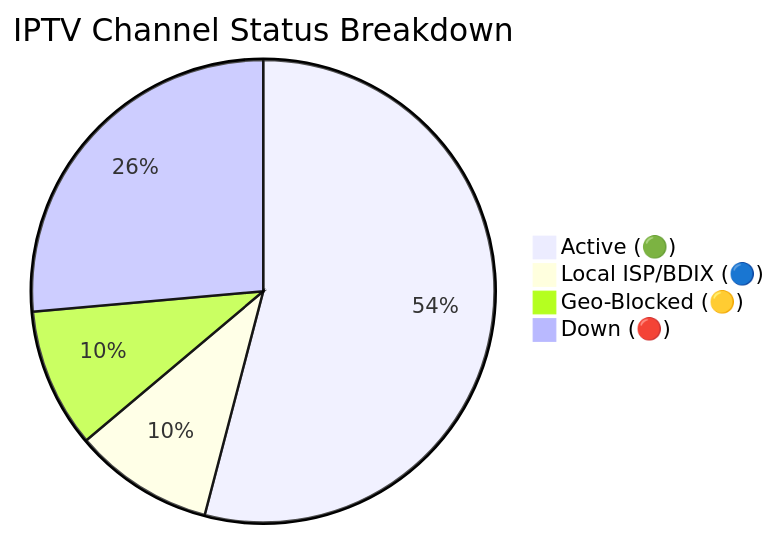
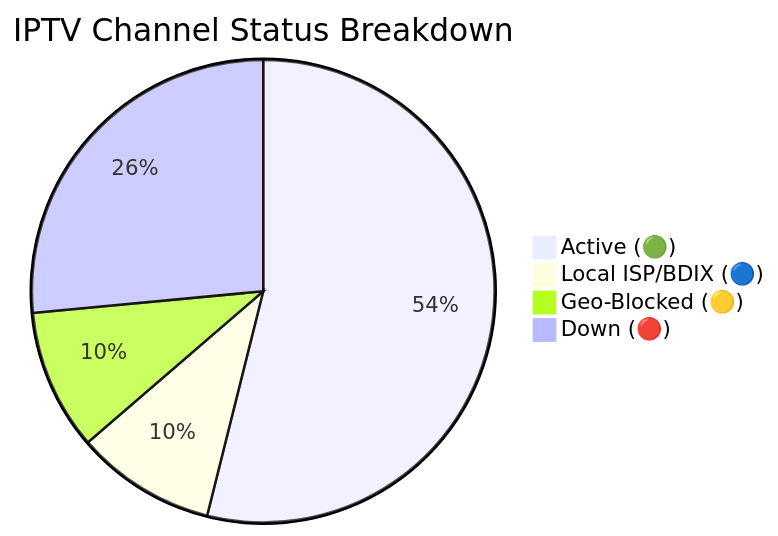
One commit to Zaman-Topu/Ip-tv-Collection changed the diagram in README.md. Above: the diagram before and after it, drawn with Mermaid. The commit also changed other lines of this file and 6 other files, not shown here.

````diff
--- a/README.md
+++ b/README.md
@@ -149,7 +149,7 @@
 ```mermaid
 pie title IPTV Channel Status Breakdown
-    "Active (🟢)" : 9250
-    "Local ISP/BDIX (🔵)" : 1673
-    "Geo-Blocked (🟡)" : 1665
-    "Down (🔴)" : 4518
+    "Active (🟢)" : 9198
+    "Local ISP/BDIX (🔵)" : 1669
+    "Geo-Blocked (🟡)" : 1676
+    "Down (🔴)" : 4522
 ```
````
